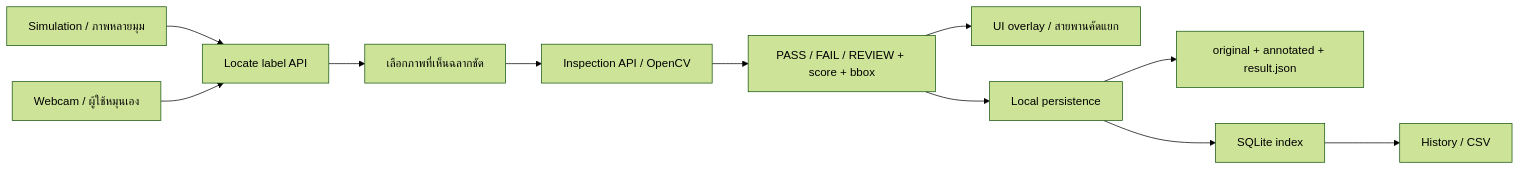
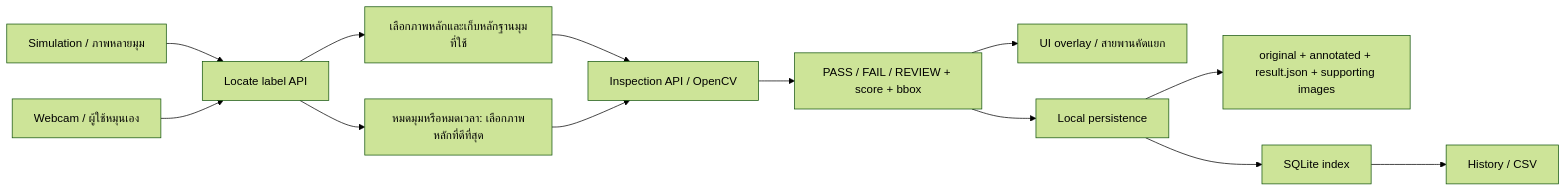
The diagram in docs/architecture.md (Mekmai4234/Image-Processing-MiniProject), drawn with Mermaid (forest theme) before and after one commit. The commit also changed other lines of this file and 35 other files, not shown here.

````diff
--- a/docs/architecture.md
+++ b/docs/architecture.md
@@ -3,13 +3,15 @@
 ```mermaid
 flowchart LR
   S[Simulation / ภาพหลายมุม] --> L[Locate label API]
   W[Webcam / ผู้ใช้หมุนเอง] --> L
-  L --> V[เลือกภาพที่เห็นฉลากชัด]
+  L --> V[เลือกภาพหลักและเก็บหลักฐานมุมที่ใช้]
   V --> I[Inspection API / OpenCV]
+  L --> X[หมดมุมหรือหมดเวลา: เลือกภาพหลักที่ดีที่สุด]
+  X --> I
   I --> R[PASS / FAIL / REVIEW + score + bbox]
   R --> U[UI overlay / สายพานคัดแยก]
   R --> P[Local persistence]
-  P --> F[original + annotated + result.json]
+  P --> F[original + annotated + result.json + supporting images]
   P --> D[SQLite index]
   D --> H[History / CSV]
 ```
````
